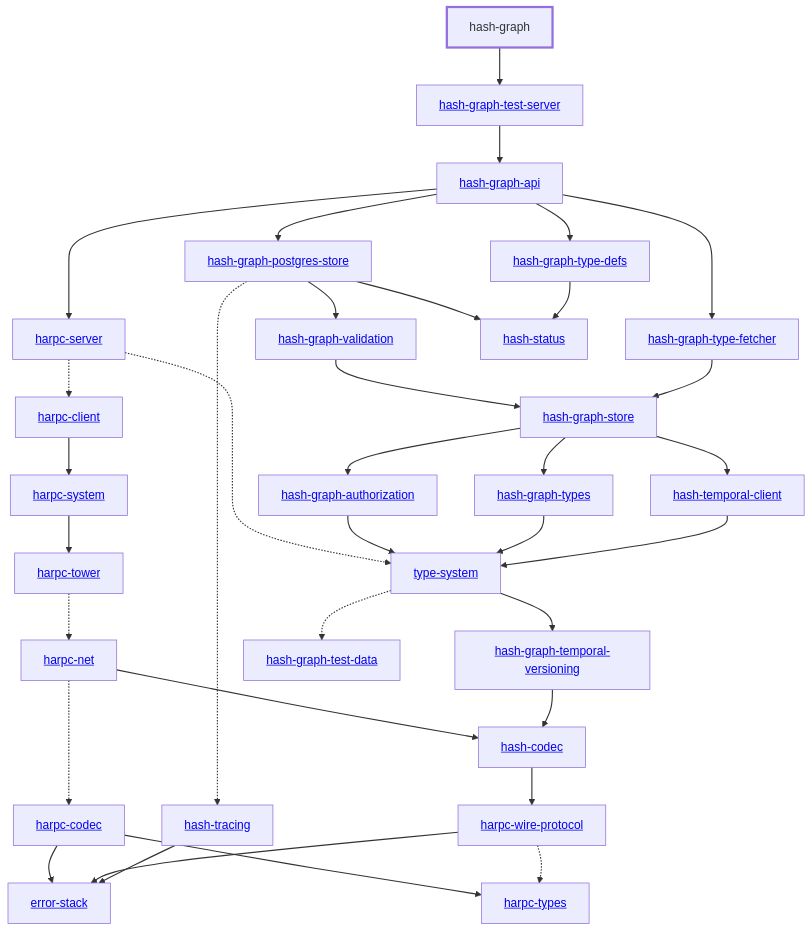
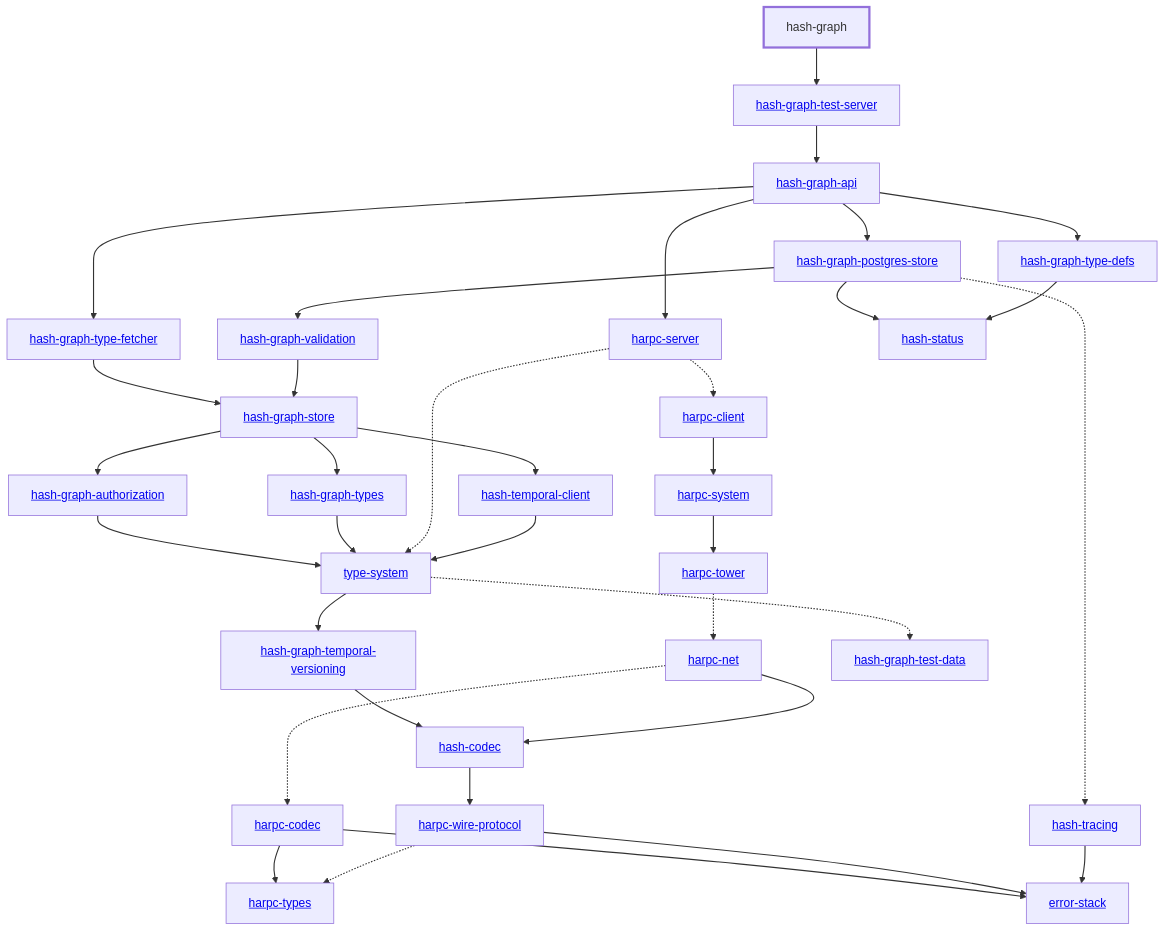
The diagram in apps/hash-graph/docs/dependency-diagram.mmd (hashintel/hash), drawn with Mermaid before and after one commit. The commit also changed other lines of this file and 1 other file, not shown here.

Commit message:
docs: dependency-diagram

```diff
--- a/apps/hash-graph/docs/dependency-diagram.mmd
+++ b/apps/hash-graph/docs/dependency-diagram.mmd
@@ -1,71 +1,71 @@
 graph TD
     linkStyle default stroke-width:1.5px
     classDef default stroke-width:1px
     classDef root stroke-width:3px
     classDef dev stroke-width:1px
     classDef build stroke-width:1px
     %% Legend
     %% --> : Normal dependency
     %% -.-> : Dev dependency
     %% ---> : Build dependency
     0[hash-graph]
     class 0 root
     8[<a href="../hash_graph_test_server">hash-graph-test-server</a>]
     3[<a href="../hash_graph_api">hash-graph-api</a>]
     5[<a href="../hash_graph_postgres_store">hash-graph-postgres-store</a>]
     23[<a href="../hash_tracing">hash-tracing</a>]
     10[<a href="../hash_graph_type_fetcher">hash-graph-type-fetcher</a>]
     12[<a href="../hash_graph_validation">hash-graph-validation</a>]
     6[<a href="../hash_graph_store">hash-graph-store</a>]
     22[<a href="../hash_temporal_client">hash-temporal-client</a>]
     4[<a href="../hash_graph_authorization">hash-graph-authorization</a>]
     16[<a href="../harpc_server">harpc-server</a>]
     13[<a href="../harpc_client">harpc-client</a>]
     17[<a href="../harpc_system">harpc-system</a>]
     18[<a href="../harpc_tower">harpc-tower</a>]
     15[<a href="../harpc_net">harpc-net</a>]
     14[<a href="../harpc_codec">harpc-codec</a>]
     11[<a href="../hash_graph_types">hash-graph-types</a>]
     1[<a href="../type_system">type-system</a>]
     7[<a href="../hash_graph_temporal_versioning">hash-graph-temporal-versioning</a>]
     2[<a href="../hash_codec">hash-codec</a>]
     20[<a href="../harpc_wire_protocol">harpc-wire-protocol</a>]
     24[<a href="../error_stack">error-stack</a>]
     9[<a href="../hash_graph_type_defs">hash-graph-type-defs</a>]
     19[<a href="../harpc_types">harpc-types</a>]
     25[<a href="../hash_graph_test_data">hash-graph-test-data</a>]
     21[<a href="../hash_status">hash-status</a>]
+    0 --> 8
+    1 --> 7
+    1 -.-> 25
+    2 --> 20
+    3 --> 5
+    3 --> 9
+    3 --> 10
+    3 --> 16
+    4 --> 1
+    5 --> 12
+    5 --> 21
+    5 -.-> 23
+    6 --> 4
+    6 --> 11
+    6 --> 22
+    7 --> 2
+    8 --> 3
+    9 --> 21
+    10 --> 6
+    11 --> 1
+    12 --> 6
+    13 --> 17
+    14 --> 19
     14 --> 24
-    14 --> 19
+    15 --> 2
+    15 -.-> 14
+    16 -.-> 1
     16 -.-> 13
-    15 -.-> 14
-    20 --> 24
-    20 -.-> 19
-    15 --> 2
-    2 --> 20
-    13 --> 17
     17 --> 18
     18 -.-> 15
-    16 -.-> 1
-    1 --> 7
-    7 --> 2
-    1 -.-> 25
-    3 --> 16
-    4 --> 1
-    3 --> 5
-    6 --> 4
-    6 --> 11
-    11 --> 1
-    6 --> 22
+    20 -.-> 19
+    20 --> 24
     22 --> 1
-    5 --> 12
-    12 --> 6
-    5 --> 21
-    5 -.-> 23
     23 --> 24
-    3 --> 9
-    9 --> 21
-    3 --> 10
-    10 --> 6
-    0 --> 8
-    8 --> 3
```
